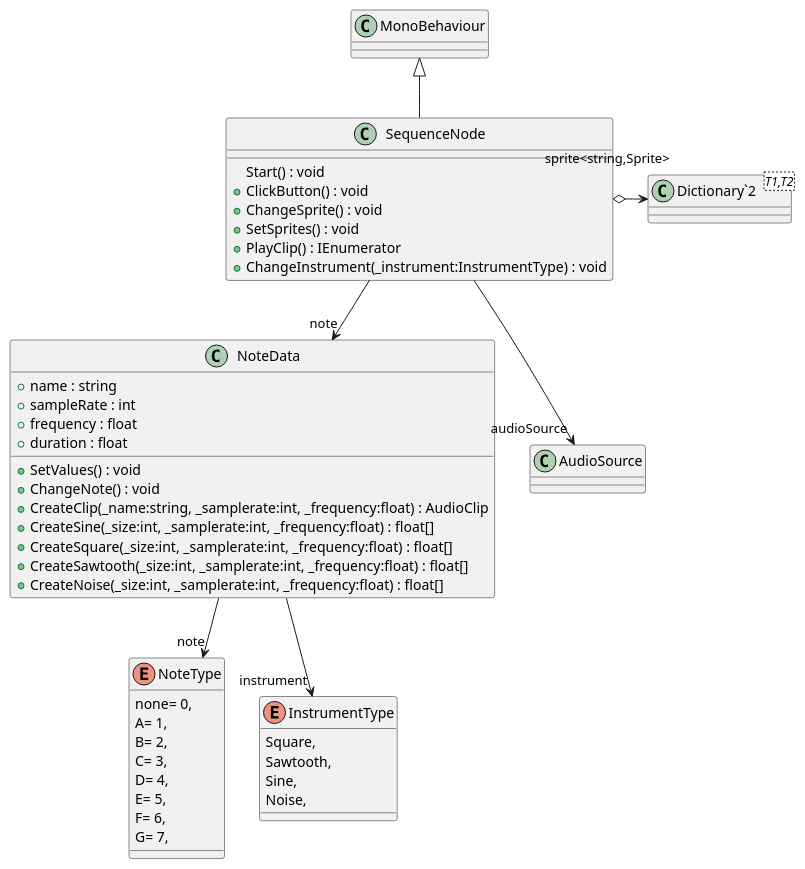
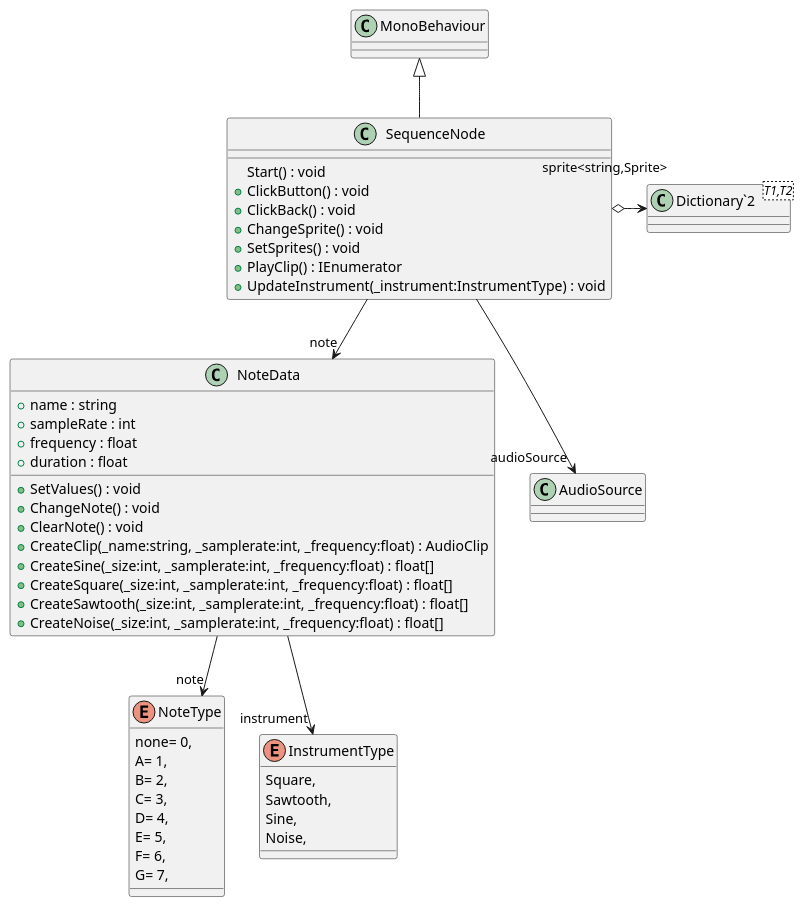
The diagram in UML/SequenceNode.puml (Emanuelsoniax/AudioSequencer), drawn with PlantUML before and after one commit. The commit also changed 11 other files, not shown here.

Commit message:
Generate UML (Generate UML)

```diff
--- a/UML/SequenceNode.puml
+++ b/UML/SequenceNode.puml
@@ -1,47 +1,49 @@
 @startuml
 class SequenceNode {
     Start() : void
     + ClickButton() : void
+    + ClickBack() : void
     + ChangeSprite() : void
     + SetSprites() : void
     + PlayClip() : IEnumerator
-    + ChangeInstrument(_instrument:InstrumentType) : void
+    + UpdateInstrument(_instrument:InstrumentType) : void
 }
 enum NoteType {
     none= 0,
     A= 1,
     B= 2,
     C= 3,
     D= 4,
     E= 5,
     F= 6,
     G= 7,
 }
 enum InstrumentType {
     Square,
     Sawtooth,
     Sine,
     Noise,
 }
 class NoteData {
     + name : string
     + sampleRate : int
     + frequency : float
     + duration : float
     + SetValues() : void
     + ChangeNote() : void
+    + ClearNote() : void
     + CreateClip(_name:string, _samplerate:int, _frequency:float) : AudioClip
     + CreateSine(_size:int, _samplerate:int, _frequency:float) : float[]
     + CreateSquare(_size:int, _samplerate:int, _frequency:float) : float[]
     + CreateSawtooth(_size:int, _samplerate:int, _frequency:float) : float[]
     + CreateNoise(_size:int, _samplerate:int, _frequency:float) : float[]
 }
 class "Dictionary`2"<T1,T2> {
 }
 MonoBehaviour <|-- SequenceNode
 SequenceNode --> "note" NoteData
 SequenceNode --> "audioSource" AudioSource
 SequenceNode o-> "sprite<string,Sprite>" "Dictionary`2"
 NoteData --> "note" NoteType
 NoteData --> "instrument" InstrumentType
 @enduml
```
